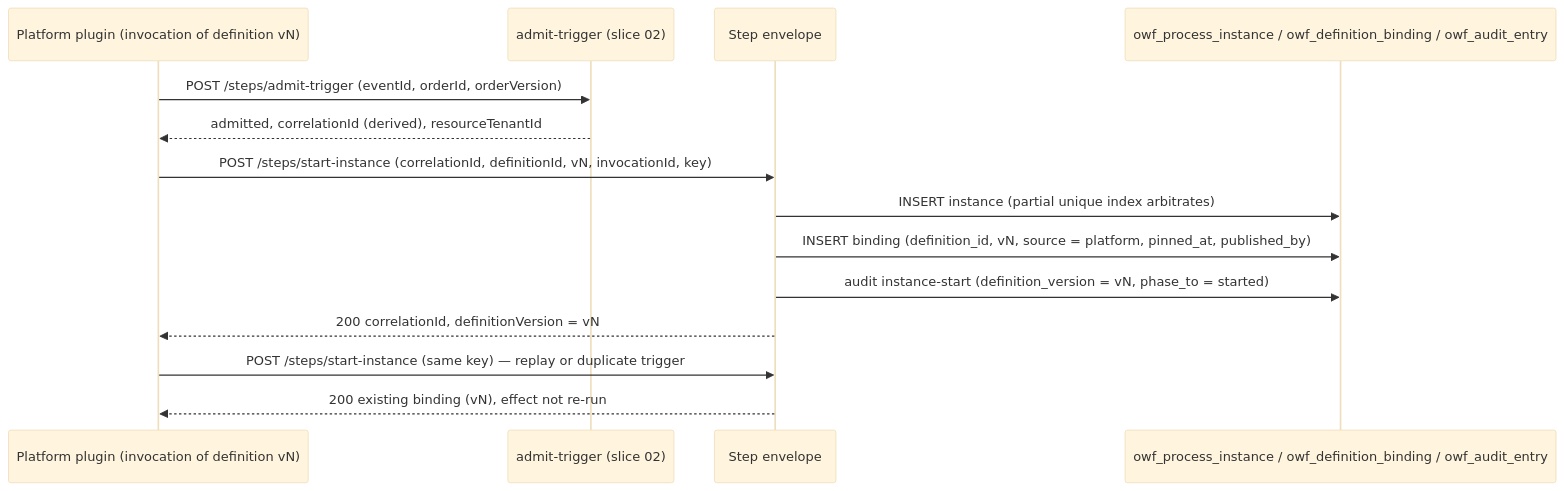
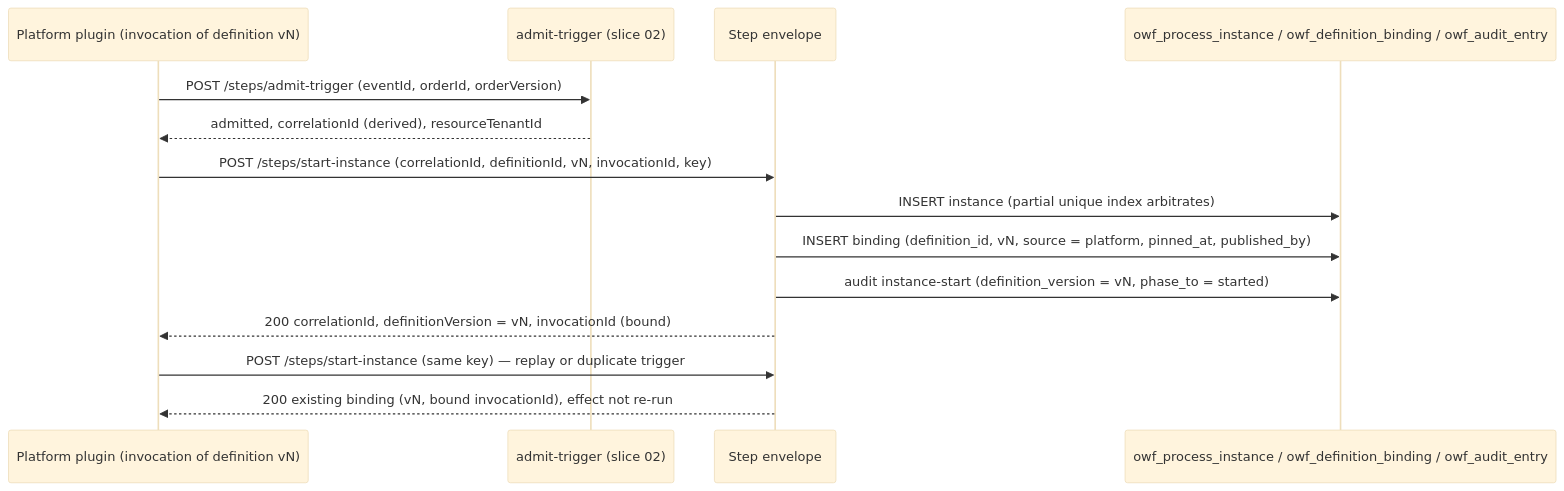
Before and after one commit to constructorfabric/gears-rust: the third of 4 diagrams in gears/bss/orders-workflow/docs/design/01-foundation.md, drawn with Mermaid (base theme). The commit also changed other lines of this file and 12 other files, not shown here.

````diff
--- a/gears/bss/orders-workflow/docs/design/01-foundation.md
+++ b/gears/bss/orders-workflow/docs/design/01-foundation.md
@@ -1185,16 +1188,16 @@
 ```mermaid
 sequenceDiagram
     participant PL as Platform plugin (invocation of definition vN)
     participant AT as admit-trigger (slice 02)
     participant SE as Step envelope
     participant DB as owf_process_instance / owf_definition_binding / owf_audit_entry
     PL ->> AT: POST /steps/admit-trigger (eventId, orderId, orderVersion)
     AT -->> PL: admitted, correlationId (derived), resourceTenantId
     PL ->> SE: POST /steps/start-instance (correlationId, definitionId, vN, invocationId, key)
     SE ->> DB: INSERT instance (partial unique index arbitrates)
     SE ->> DB: INSERT binding (definition_id, vN, source = platform, pinned_at, published_by)
     SE ->> DB: audit instance-start (definition_version = vN, phase_to = started)
-    SE -->> PL: 200 correlationId, definitionVersion = vN
+    SE -->> PL: 200 correlationId, definitionVersion = vN, invocationId (bound)
     PL ->> SE: POST /steps/start-instance (same key) — replay or duplicate trigger
-    SE -->> PL: 200 existing binding (vN), effect not re-run
+    SE -->> PL: 200 existing binding (vN, bound invocationId), effect not re-run
 ```
````
